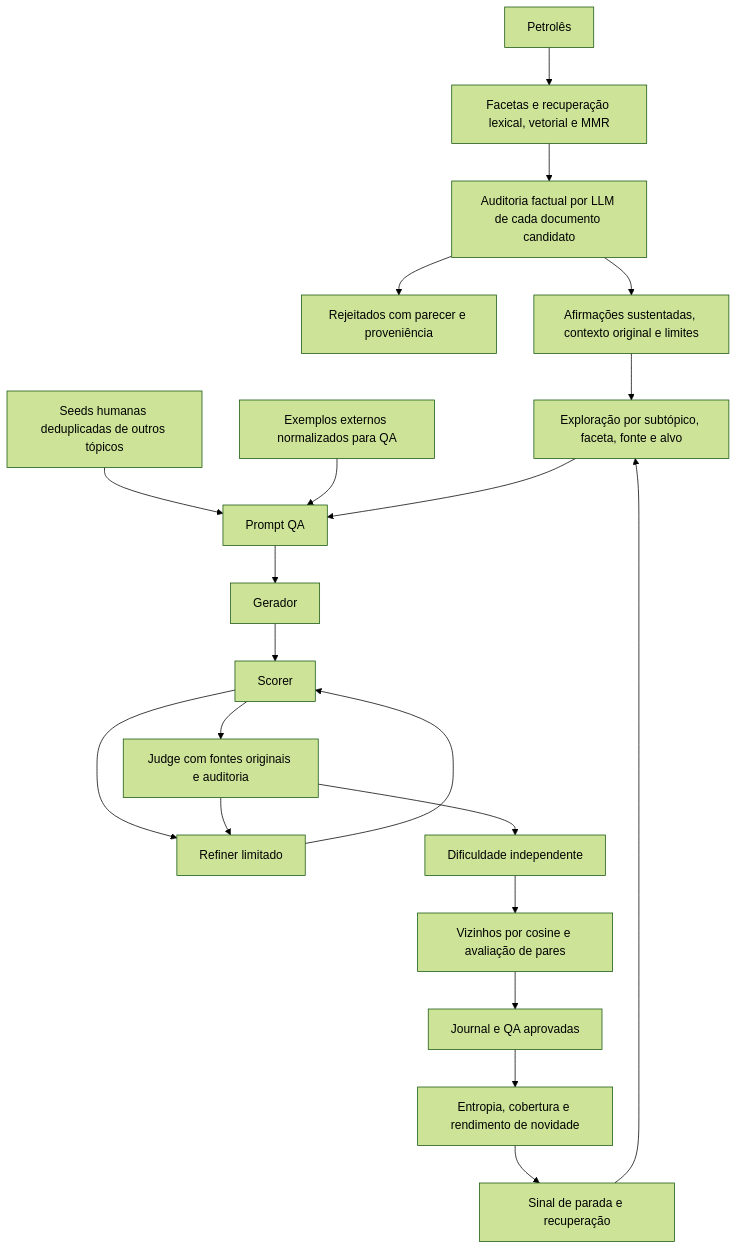
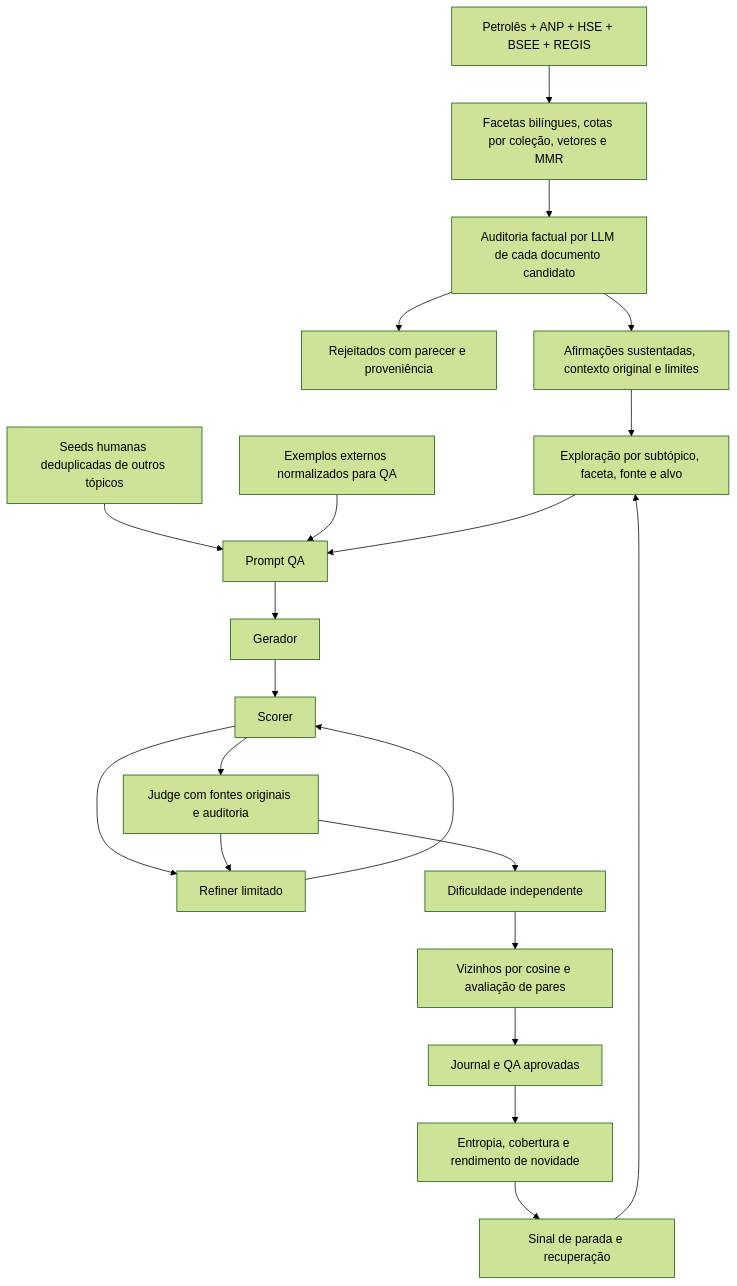
Before and after one commit to RodrigoFlexa/MCQ_CONTEXT_GEN: the diagram in pipeline/fase_4/README.md, drawn with Mermaid (forest theme). The commit also changed other lines of this file and 23 other files, not shown here.

Commit message:
feat: integrate Petroles ANP HSE BSEE and REGIS corpora for QA

````diff
--- a/pipeline/fase_4/README.md
+++ b/pipeline/fase_4/README.md
@@ -9,23 +9,23 @@
 ```mermaid
 flowchart TD
-    C[Petrolês] --> F[Facetas e recuperação lexical, vetorial e MMR]
+    C[Petrolês + ANP + HSE + BSEE + REGIS] --> F[Facetas bilíngues, cotas por coleção, vetores e MMR]
     F --> A[Auditoria factual por LLM de cada documento candidato]
     A --> B[Rejeitados com parecer e proveniência]
     A --> D[Afirmações sustentadas, contexto original e limites]
     D --> E[Exploração por subtópico, faceta, fonte e alvo]
     H[Seeds humanas deduplicadas de outros tópicos] --> P[Prompt QA]
     X[Exemplos externos normalizados para QA] --> P
     E --> P
     P --> G[Gerador]
     G --> S[Scorer]
     S --> R[Refiner limitado]
     R --> S
     S --> J[Judge com fontes originais e auditoria]
     J --> R
     J --> Q[Dificuldade independente]
     Q --> N[Vizinhos por cosine e avaliação de pares]
     N --> O[Journal e QA aprovadas]
     O --> M[Entropia, cobertura e rendimento de novidade]
     M --> T[Sinal de parada e recuperação]
     T --> E
 ```
````
